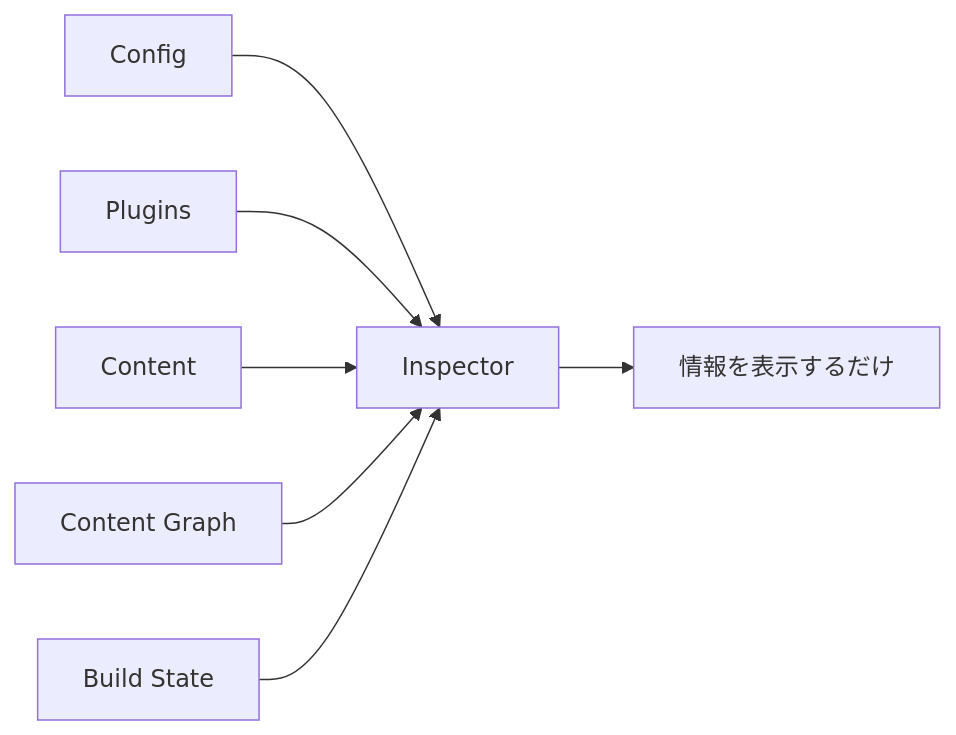
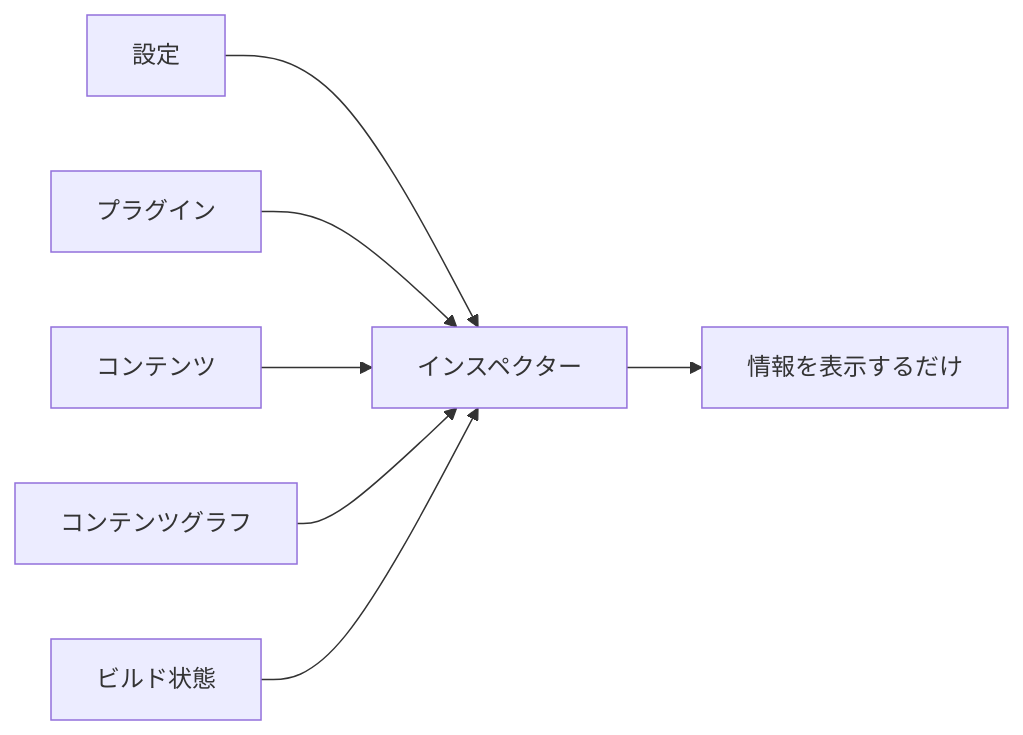
One commit to Rerurate514/riebeckite changed the first of 4 diagrams in docs/docs/framework/inspector.ja.md. Above: the diagram before and after it, drawn with Mermaid. The commit also changed other lines of this file and 310 other files, not shown here.

````diff
--- a/docs/docs/framework/inspector.ja.md
+++ b/docs/docs/framework/inspector.ja.md
@@ -21,16 +21,16 @@
 ```mermaid id="qg9q71"
 flowchart LR
-    A["Config"]
-    B["Plugins"]
-    C["Content"]
-    D["Content Graph"]
-    E["Build State"]
+    A["設定"]
+    B["プラグイン"]
+    C["コンテンツ"]
+    D["コンテンツグラフ"]
+    E["ビルド状態"]
 
-    A --> I["Inspector"]
+    A --> I["インスペクター"]
     B --> I
     C --> I
     D --> I
     E --> I
 
     I --> F["情報を表示するだけ"]
 ```
````
